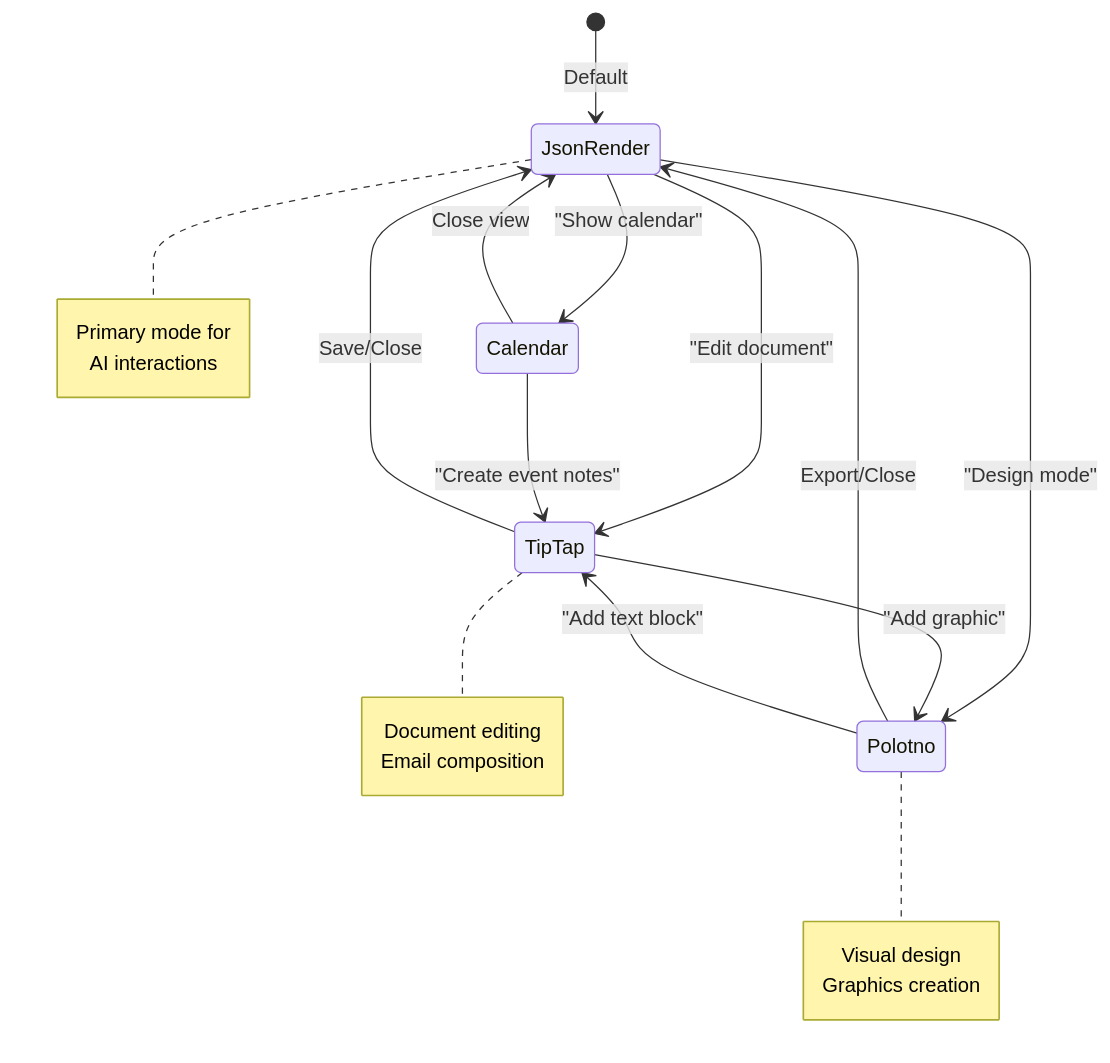
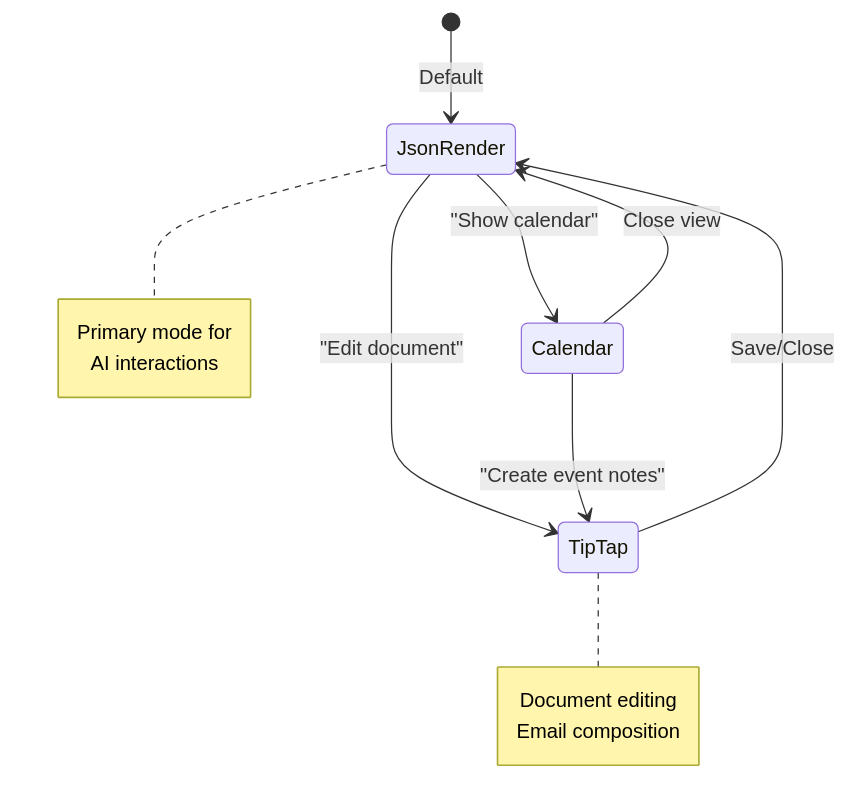
The tenth of 13 diagrams in thoughts/planning-artifacts/architecture-diagrams.md (sidart10/orion-butler), drawn with Mermaid before and after one commit. The commit also changed other lines of this file and 58 other files, not shown here.

````diff
--- a/thoughts/planning-artifacts/architecture-diagrams.md
+++ b/thoughts/planning-artifacts/architecture-diagrams.md
@@ -795,32 +793,22 @@
 ```mermaid
 stateDiagram-v2
     [*] --> JsonRender: Default
 
     JsonRender --> TipTap: "Edit document"
-    JsonRender --> Polotno: "Design mode"
     JsonRender --> Calendar: "Show calendar"
 
     TipTap --> JsonRender: Save/Close
-    TipTap --> Polotno: "Add graphic"
-
-    Polotno --> JsonRender: Export/Close
-    Polotno --> TipTap: "Add text block"
 
     Calendar --> JsonRender: Close view
     Calendar --> TipTap: "Create event notes"
 
     note right of JsonRender
         Primary mode for
         AI interactions
     end note
 
     note right of TipTap
         Document editing
         Email composition
     end note
-
-    note right of Polotno
-        Visual design
-        Graphics creation
-    end note
 ```
````
